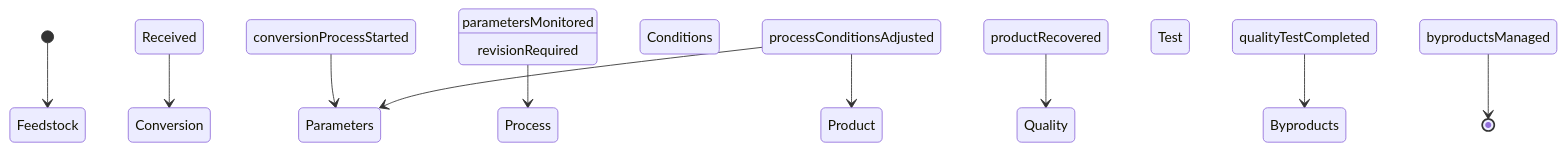
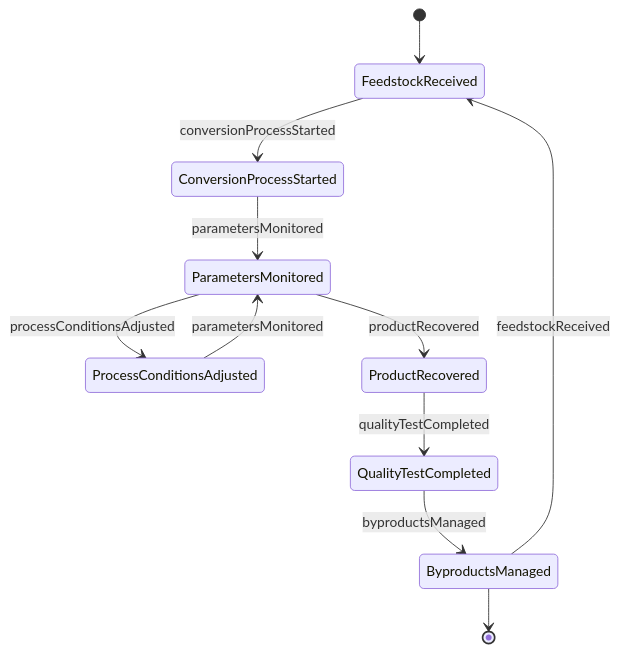
Before and after one commit to dot-org-ai/tasks.org.ai: the second of 4 diagrams in ControllingMachinesAndProcesses/OperateEnergyProductionOrDistributionEquipment/OperateBiomassBiofuelProductionEquipment.mdx, drawn with Mermaid. The commit also changed other lines of this file and 515 other files, not shown here.

````diff
--- a/ControllingMachinesAndProcesses/OperateEnergyProductionOrDistributionEquipment/OperateBiomassBiofuelProductionEquipment.mdx
+++ b/ControllingMachinesAndProcesses/OperateEnergyProductionOrDistributionEquipment/OperateBiomassBiofuelProductionEquipment.mdx
@@ -98,12 +98,13 @@
 ```mermaid
 stateDiagram-v2
-    [*] --> Feedstock Received
-    Feedstock Received --> Conversion Process Started : conversionProcessStarted
-    Conversion Process Started --> Parameters Monitored : parametersMonitored
-    Parameters Monitored --> Process Conditions Adjusted : processConditionsAdjusted
-    Process Conditions Adjusted --> Product Recovered : productRecovered
-    Product Recovered --> Quality Test Completed : qualityTestCompleted
-    Quality Test Completed --> Byproducts Managed : byproductsManaged
-    Process Conditions Adjusted --> Parameters Monitored : revisionRequired
-    Byproducts Managed --> [*]
+    [*] --> FeedstockReceived
+    FeedstockReceived --> ConversionProcessStarted : conversionProcessStarted
+    ConversionProcessStarted --> ParametersMonitored : parametersMonitored
+    ParametersMonitored --> ProcessConditionsAdjusted : processConditionsAdjusted
+    ProcessConditionsAdjusted --> ParametersMonitored : parametersMonitored
+    ParametersMonitored --> ProductRecovered : productRecovered
+    ProductRecovered --> QualityTestCompleted : qualityTestCompleted
+    QualityTestCompleted --> ByproductsManaged : byproductsManaged
+    ByproductsManaged --> FeedstockReceived : feedstockReceived
+    ByproductsManaged --> [*]
 ```
````
